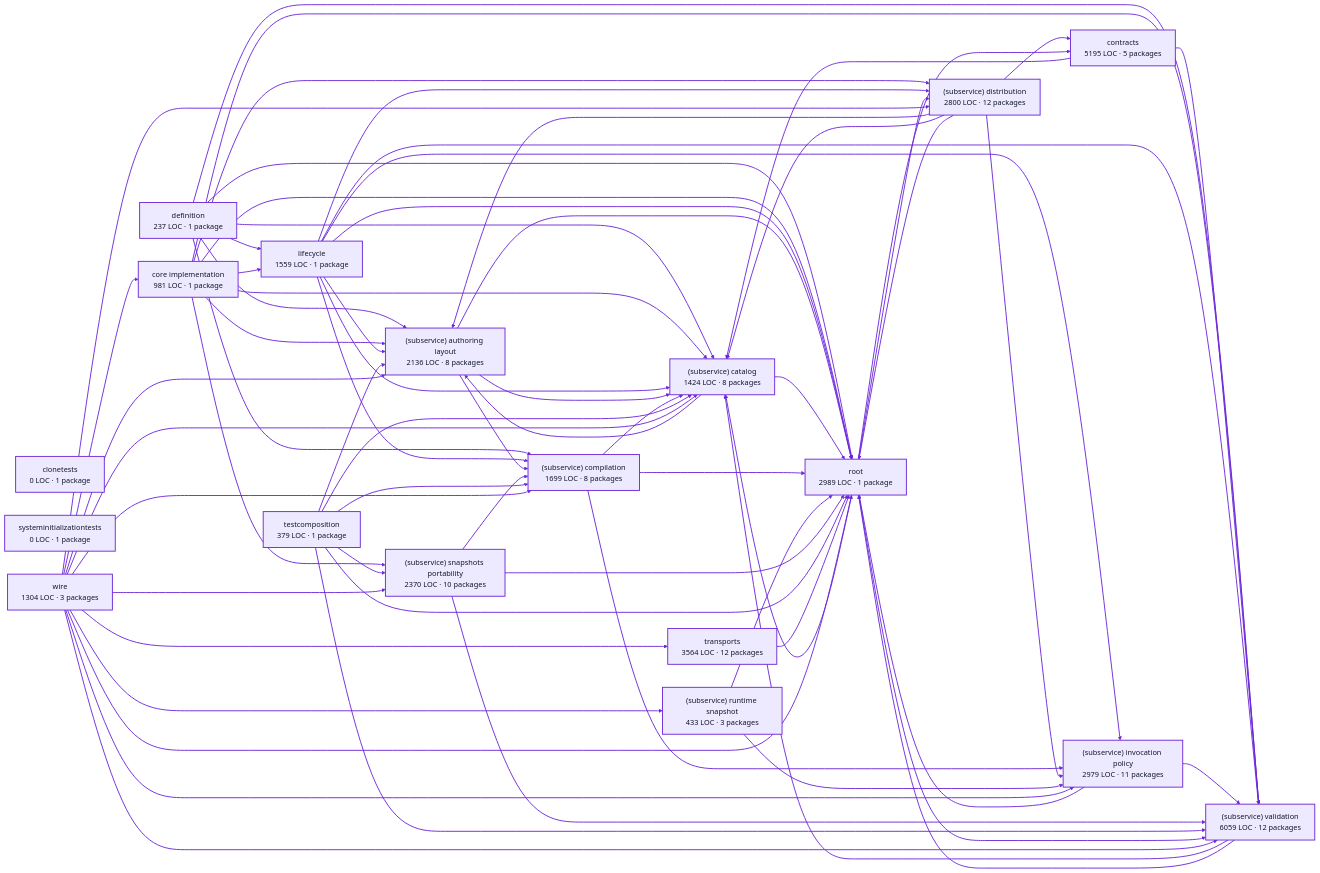
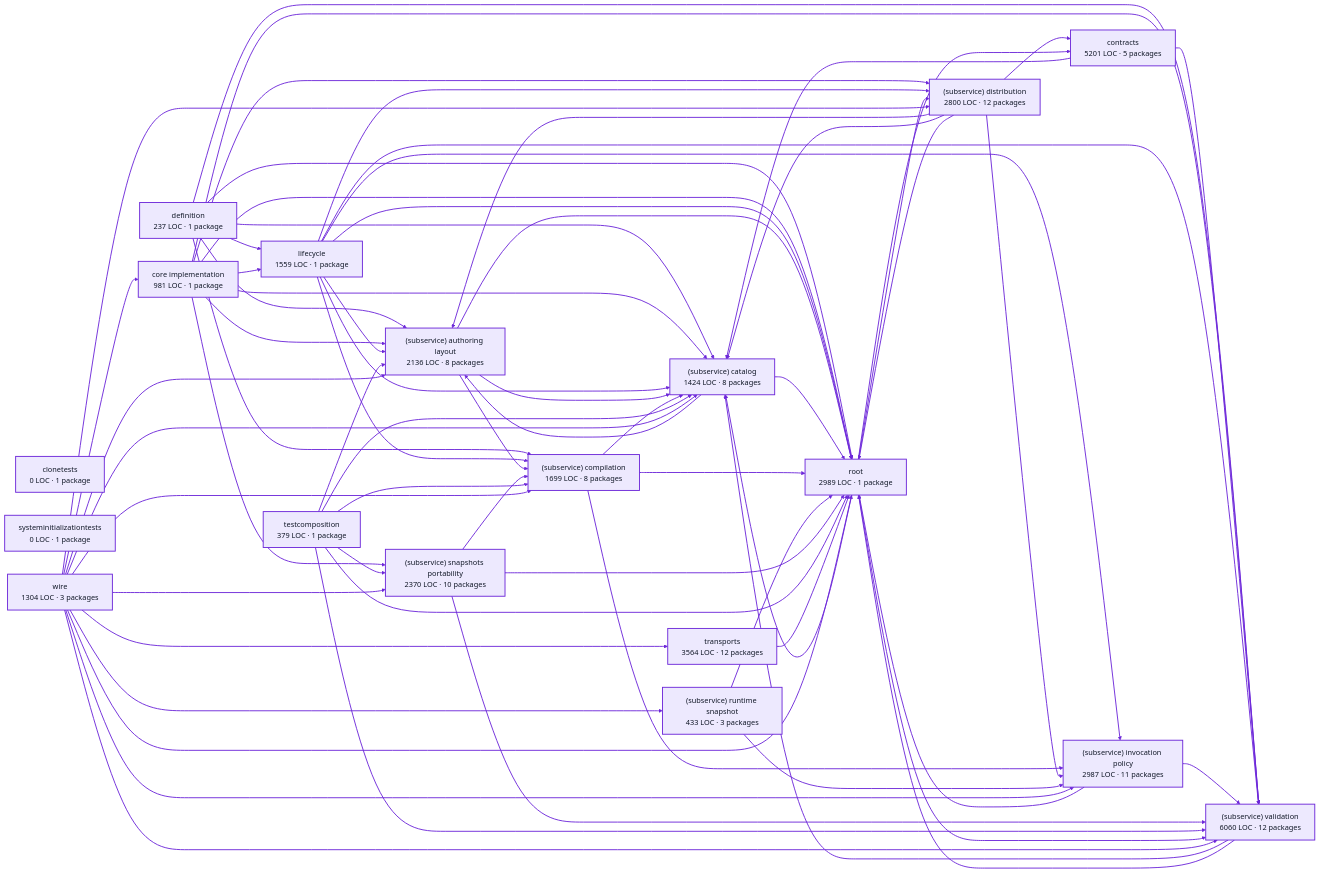
The diagram in docs/architecture/visualizations/services/factory_definitions.md (portpowered/you-agent-factory), drawn with Mermaid before and after one commit. The commit also changed other lines of this file and 20 other files, not shown here.

Commit message:
docs: refresh backend architecture visualizations

```diff
--- a/docs/architecture/visualizations/services/factory_definitions.md
+++ b/docs/architecture/visualizations/services/factory_definitions.md
@@ -13,16 +13,16 @@
   p0["clonetests<br/>0 LOC · 1 package"]
   p1["definition<br/>237 LOC · 1 package"]
   p2["core implementation<br/>981 LOC · 1 package"]
-  p3["contracts<br/>5195 LOC · 5 packages"]
+  p3["contracts<br/>5201 LOC · 5 packages"]
   p4["lifecycle<br/>1559 LOC · 1 package"]
   p5["(subservice) authoring layout<br/>2136 LOC · 8 packages"]
   p6["(subservice) catalog<br/>1424 LOC · 8 packages"]
   p7["(subservice) compilation<br/>1699 LOC · 8 packages"]
   p8["(subservice) distribution<br/>2800 LOC · 12 packages"]
-  p9["(subservice) invocation policy<br/>2979 LOC · 11 packages"]
+  p9["(subservice) invocation policy<br/>2987 LOC · 11 packages"]
   p10["(subservice) runtime snapshot<br/>433 LOC · 3 packages"]
   p11["(subservice) snapshots portability<br/>2370 LOC · 10 packages"]
-  p12["(subservice) validation<br/>6059 LOC · 12 packages"]
+  p12["(subservice) validation<br/>6060 LOC · 12 packages"]
   p13["testcomposition<br/>379 LOC · 1 package"]
   p14["root<br/>2989 LOC · 1 package"]
   p15["systeminitializationtests<br/>0 LOC · 1 package"]
```
